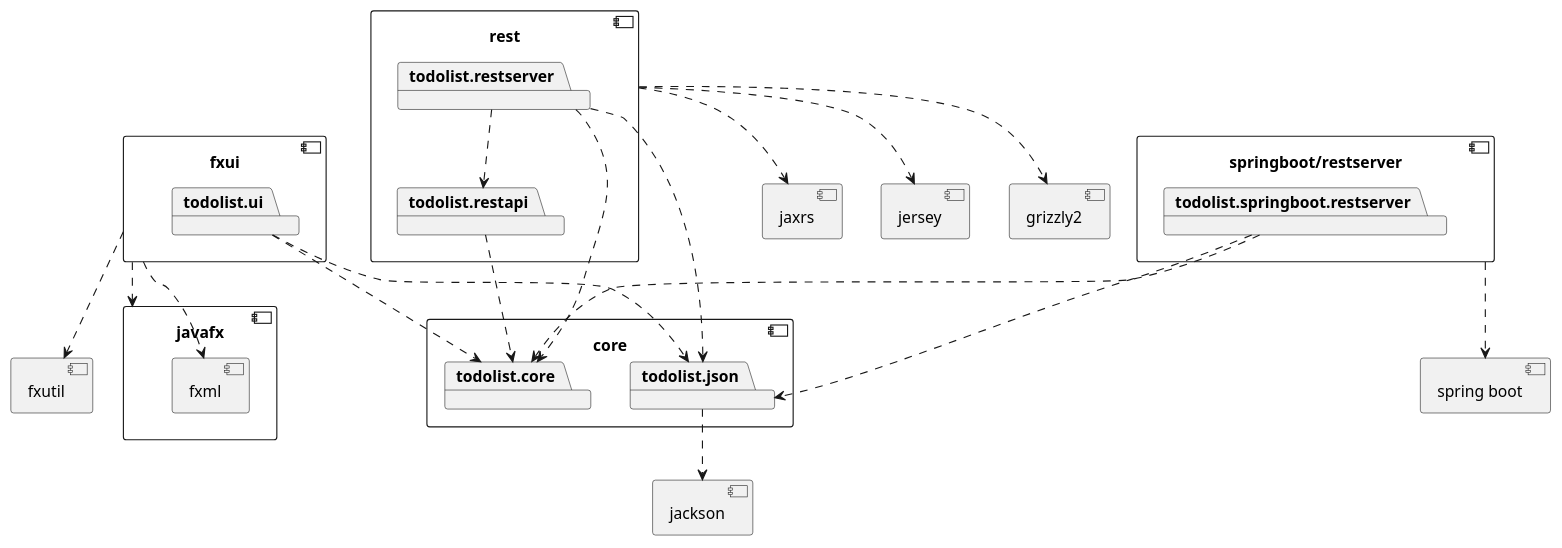
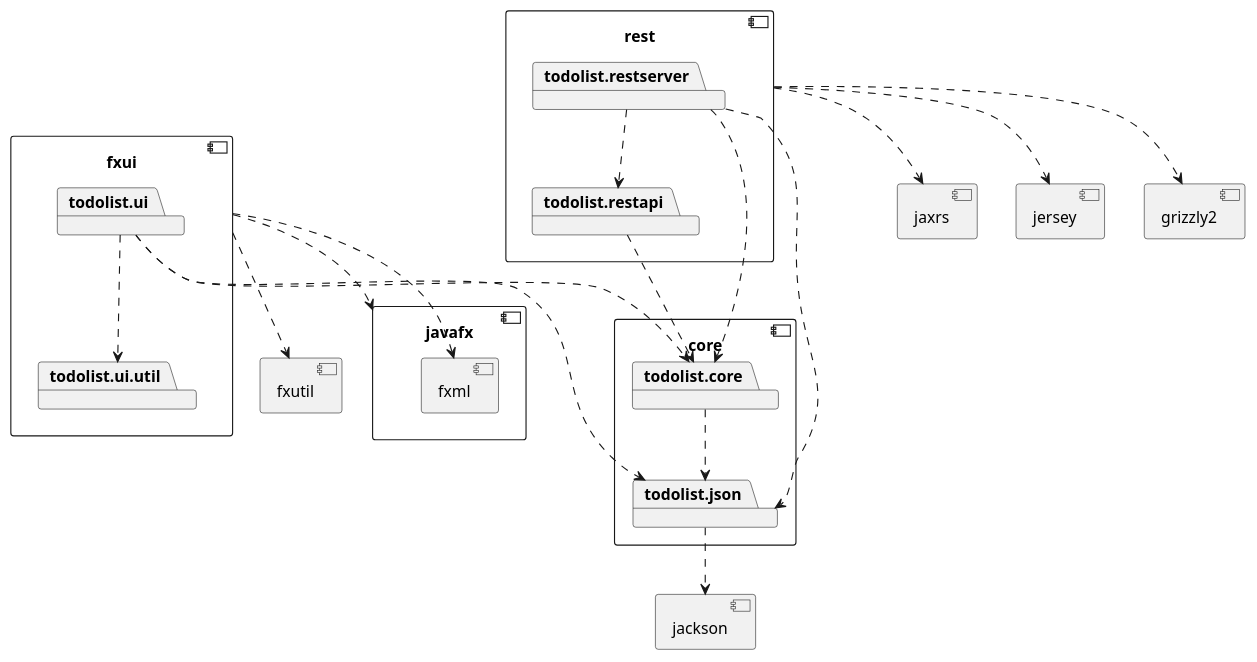
The diagram in todolist/architecture.puml (karosj/IT1901-project), drawn with PlantUML before and after one commit.

Commit message:
Updated diagram since spring boot is removed

```diff
--- a/todolist/architecture.puml
+++ b/todolist/architecture.puml
@@ -1,70 +1,60 @@
 @startuml
 
 component core {
 	package todolist.core
 	package todolist.json
 }
 
+todolist.core ..> todolist.json
 component jackson {
 }
 
 todolist.json ..> jackson
 
 component fxutil {
 }
 
 component fxui {
 	package todolist.ui
+	package todolist.ui.util
 }
 
-
+todolist.ui ..> todolist.ui.util
 todolist.ui ..> todolist.core
 todolist.ui ..> todolist.json
 
 component javafx {
 	component fxml {
 	}
 }
 
 fxui ..> javafx
 fxui ..> fxml
 fxui ..> fxutil
 
 component jaxrs {
 }
 
 component rest {
 	package todolist.restapi
 	package todolist.restserver
 }
 
 rest ..> jaxrs
 
 todolist.restapi ..> todolist.core
 
 todolist.restserver ..> todolist.core
 todolist.restserver ..> todolist.json
 todolist.restserver ..> todolist.restapi
 
 component jersey {
 }
 
 component grizzly2 {
 }
 
 rest ..> jersey
 rest ..> grizzly2
 
-component "springboot/restserver" as springboot.restserver {
-	package todolist.springboot.restserver
-}
-
-todolist.springboot.restserver ..> todolist.core
-todolist.springboot.restserver ..> todolist.json
-
-component "spring boot" as springboot {
-}
-
-springboot.restserver ..> springboot
-
 @enduml
```
